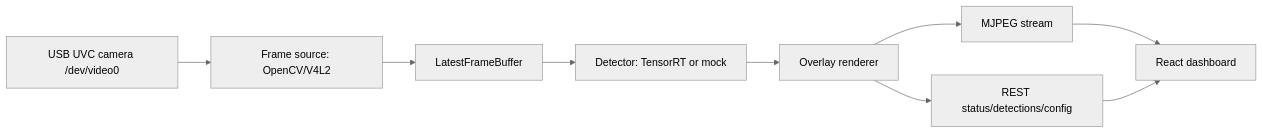
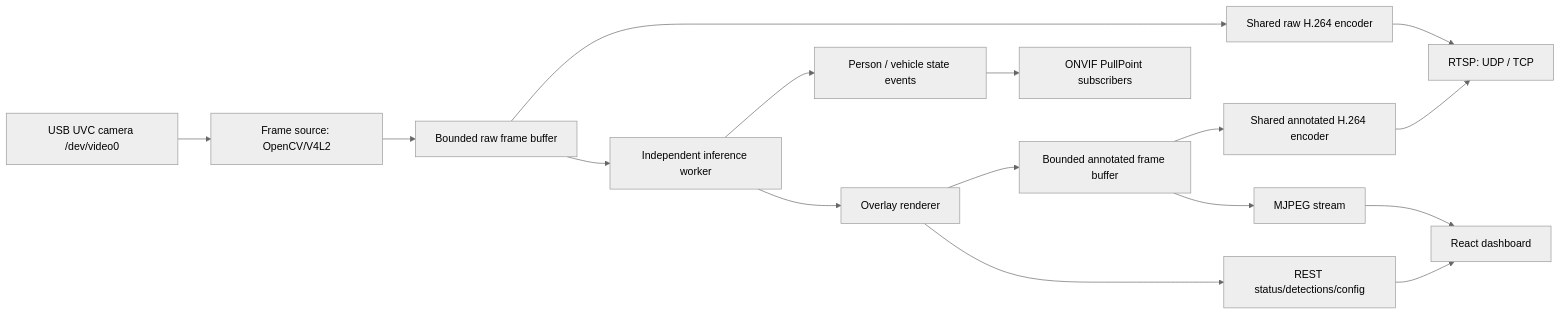
One commit to Arasaka-Academy/CyberVisual changed the diagram in docs/architecture.md. Above: the diagram before and after it, drawn with Mermaid (neutral theme). The commit also changed other lines of this file and 52 other files, not shown here.

First line of the commit message:
feat(camera): expose managed ONVIF and RTSP camera services

````diff
--- a/docs/architecture.md
+++ b/docs/architecture.md
@@ -5,11 +5,18 @@
 ```mermaid
 flowchart LR
   A["USB UVC camera /dev/video0"] --> B["Frame source: OpenCV/V4L2"]
-  B --> C["LatestFrameBuffer"]
-  C --> D["Detector: TensorRT or mock"]
+  B --> C["Bounded raw frame buffer"]
+  C --> D["Independent inference worker"]
+  C --> R["Shared raw H.264 encoder"]
   D --> E["Overlay renderer"]
-  E --> F["MJPEG stream"]
+  E --> J["Bounded annotated frame buffer"]
+  J --> F["MJPEG stream"]
+  J --> S["Shared annotated H.264 encoder"]
+  R --> T["RTSP: UDP / TCP"]
+  S --> T
+  D --> I["Person / vehicle state events"]
+  I --> O["ONVIF PullPoint subscribers"]
   E --> G["REST status/detections/config"]
   F --> H["React dashboard"]
   G --> H
 ```
````
